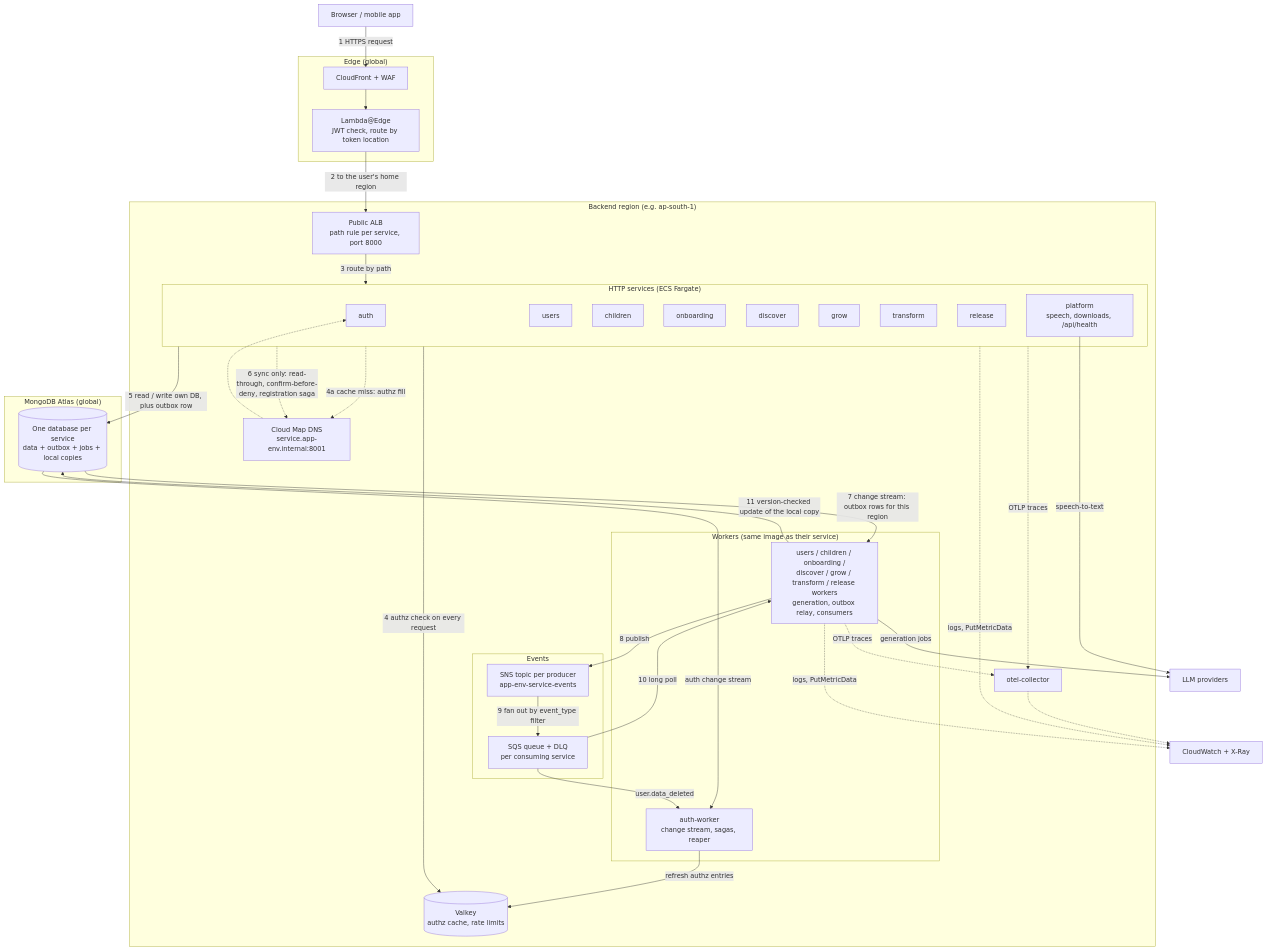
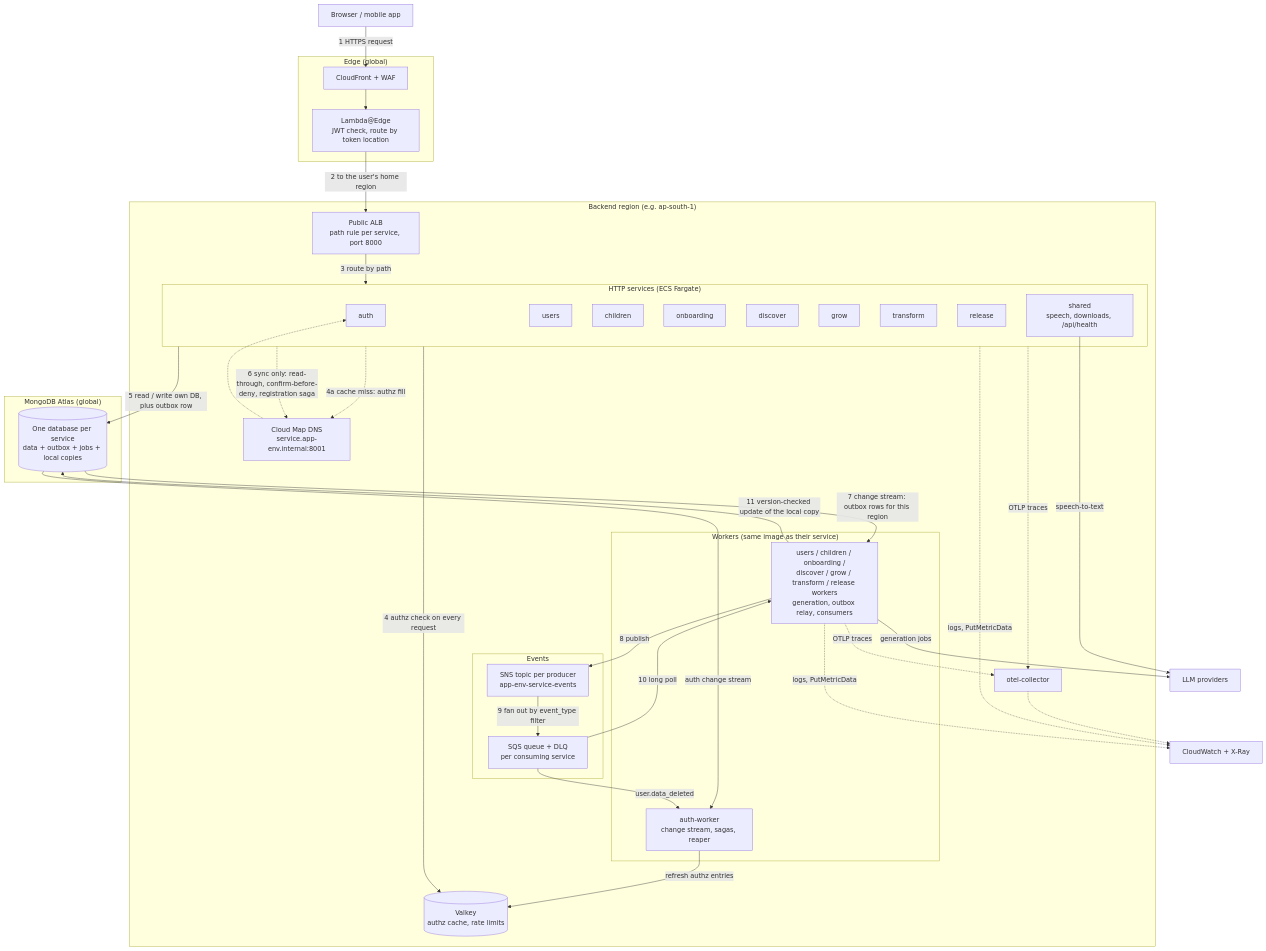
The second of 6 diagrams in docs/auth-users-split.md (pkprincekumar7/buddy-app), drawn with Mermaid before and after one commit. The commit also changed other lines of this file and 154 other files, not shown here.

````diff
--- a/docs/auth-users-split.md
+++ b/docs/auth-users-split.md
@@ -138,79 +138,79 @@
 ```mermaid
 flowchart TB
     user["Browser / mobile app"]
 
     subgraph edge["Edge (global)"]
         cf["CloudFront + WAF"]
         lae["Lambda@Edge<br/>JWT check, route by token location"]
     end
 
     subgraph region["Backend region (e.g. ap-south-1)"]
         alb["Public ALB<br/>path rule per service, port 8000"]
 
         subgraph http["HTTP services (ECS Fargate)"]
             auth["auth"]
             users["users"]
             children["children"]
             onboarding["onboarding"]
             discover["discover"]
             grow["grow"]
             transform["transform"]
             release["release"]
-            platform["platform<br/>speech, downloads, /api/health"]
+            shared["shared<br/>speech, downloads, /api/health"]
         end
 
         subgraph workers["Workers (same image as their service)"]
             authw["auth-worker<br/>change stream, sagas, reaper"]
             circlew["users / children / onboarding /<br/>discover / grow / transform / release workers<br/>generation, outbox relay, consumers"]
         end
 
         cmap["Cloud Map DNS<br/>service.app-env.internal:8001"]
         redis[("Valkey<br/>authz cache, rate limits")]
 
         subgraph bus["Events"]
             sns["SNS topic per producer<br/>app-env-service-events"]
             sqs["SQS queue + DLQ<br/>per consuming service"]
         end
 
         otel["otel-collector"]
     end
 
     subgraph data["MongoDB Atlas (global)"]
         dbs[("One database per service<br/>data + outbox + jobs + local copies")]
     end
 
     llm["LLM providers"]
     obs["CloudWatch + X-Ray"]
 
     user -->|"1 HTTPS request"| cf
     cf --> lae
     lae -->|"2 to the user's home region"| alb
     alb -->|"3 route by path"| http
 
     http -->|"4 authz check on every request"| redis
     http -.->|"4a cache miss: authz fill"| cmap
     cmap -.-> auth
 
     http -->|"5 read / write own DB, plus outbox row"| dbs
 
     http -.->|"6 sync only: read-through, confirm-before-deny, registration saga"| cmap
 
     dbs -->|"7 change stream: outbox rows for this region"| circlew
     circlew -->|"8 publish"| sns
     sns -->|"9 fan out by event_type filter"| sqs
     sqs -->|"10 long poll"| circlew
     circlew -->|"11 version-checked update of the local copy"| dbs
 
     circlew -->|"generation jobs"| llm
-    platform -->|"speech-to-text"| llm
+    shared -->|"speech-to-text"| llm
 
     dbs -->|"auth change stream"| authw
     authw -->|"refresh authz entries"| redis
     sqs -->|"user.data_deleted"| authw
 
     http -.->|"OTLP traces"| otel
     circlew -.->|"OTLP traces"| otel
     otel -.-> obs
     http -.->|"logs, PutMetricData"| obs
     circlew -.->|"logs, PutMetricData"| obs
 ```
````
